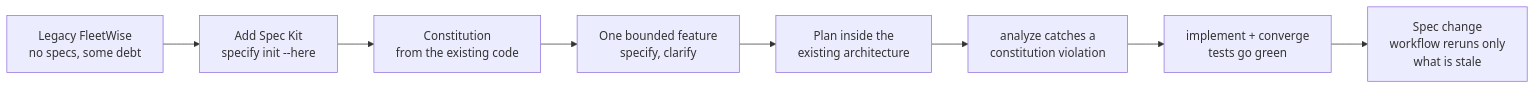
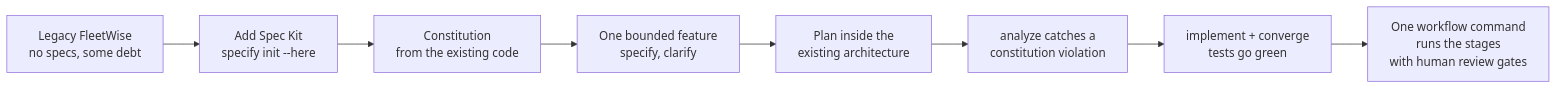
The first of 7 diagrams in README.md (hkaanturgut/spec-kit-fleetwise), drawn with Mermaid before and after one commit. The commit also changed other lines of this file, not shown here.

Commit message:
docs: explain SDD and Spec Kit

````diff
--- a/README.md
+++ b/README.md
@@ -16,10 +16,10 @@
 ```mermaid
 flowchart LR
     A["Legacy FleetWise<br/>no specs, some debt"] --> B["Add Spec Kit<br/>specify init --here"]
     B --> C["Constitution<br/>from the existing code"]
     C --> D["One bounded feature<br/>specify, clarify"]
     D --> E["Plan inside the<br/>existing architecture"]
     E --> F["analyze catches a<br/>constitution violation"]
     F --> G["implement + converge<br/>tests go green"]
-    G --> H["Spec change<br/>workflow reruns only<br/>what is stale"]
+    G --> H["One workflow command<br/>runs the stages<br/>with human review gates"]
 ```
````
